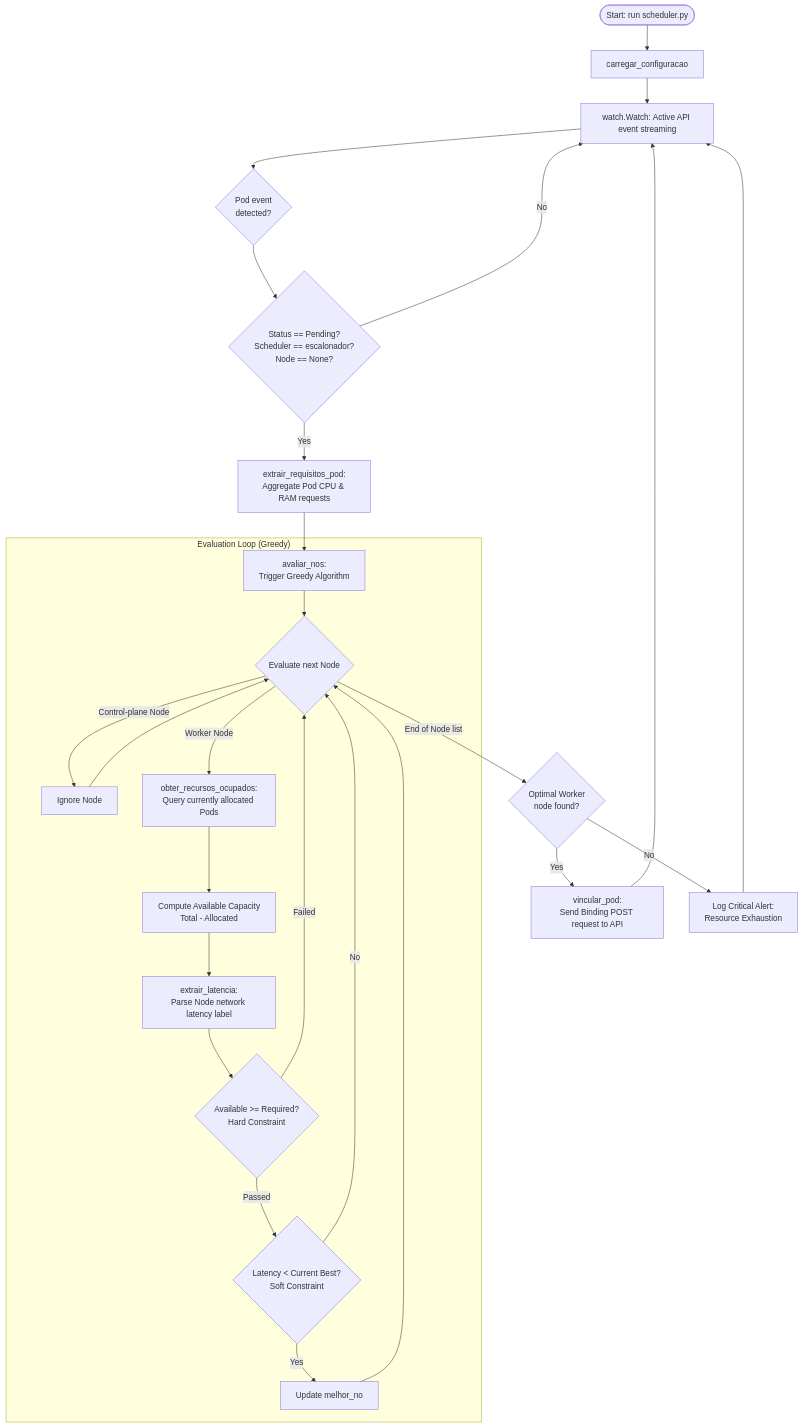
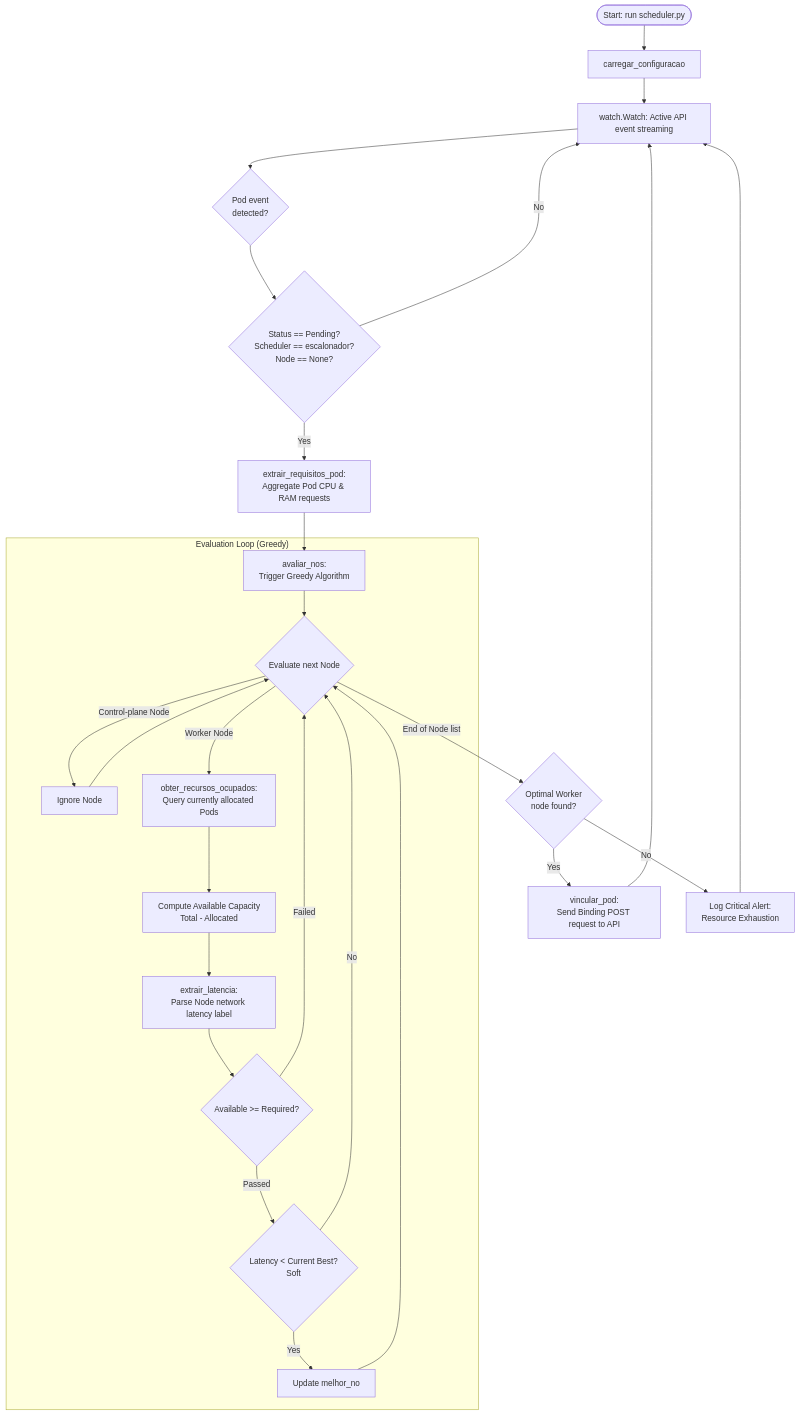
One commit to tioneOliveira/Kubernets-Scheduler changed the diagram in README.md. Above: the diagram before and after it, drawn with Mermaid. The commit also changed other lines of this file, not shown here.

Commit message:
final final

````diff
--- a/README.md
+++ b/README.md
@@ -35,37 +35,37 @@
 ```mermaid
 graph TD
     A([Start: run scheduler.py]) --> B[carregar_configuracao]
     B --> C[watch.Watch: Active API event streaming]
     
     C --> D{Pod event<br>detected?}
     D --> E{Status == Pending?<br>Scheduler == escalonador?<br>Node == None?}
     
     E -->|No| C
     E -->|Yes| F[extrair_requisitos_pod:<br>Aggregate Pod CPU & RAM requests]
     
     F --> G[avaliar_nos:<br>Trigger Greedy Algorithm]
     
     subgraph "Evaluation Loop (Greedy)"
         G --> H{Evaluate next Node}
         H -->|Control-plane Node| I[Ignore Node]
         I --> H
         H -->|Worker Node| J[obter_recursos_ocupados:<br>Query currently allocated Pods]
         J --> K[Compute Available Capacity<br>Total - Allocated]
         K --> L[extrair_latencia:<br>Parse Node network latency label]
         
-        L --> M{Available >= Required?<br>Hard Constraint}
+        L --> M{Available >= Required?<br>}
         M -->|Failed| H
-        M -->|Passed| N{Latency < Current Best?<br>Soft Constraint}
+        M -->|Passed| N{Latency < Current Best?<br>Soft}
         N -->|No| H
         N -->|Yes| O[Update melhor_no]
         O --> H
     end
     
     H -->|End of Node list| P{Optimal Worker<br>node found?}
     
     P -->|Yes| Q[vincular_pod:<br>Send Binding POST request to API]
     P -->|No| R[Log Critical Alert:<br>Resource Exhaustion]
     
     Q --> C
     R --> C
 ```
````
